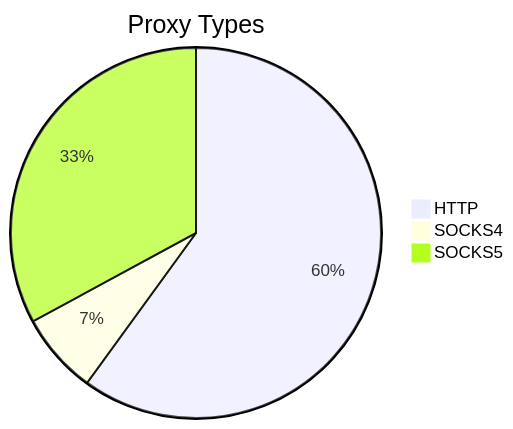
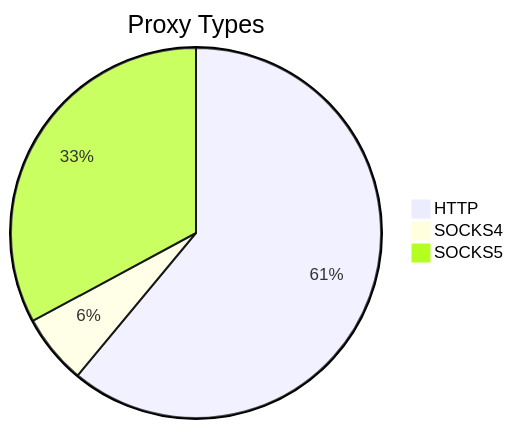
The first of 2 diagrams in README.md (stormsia/proxy-list), drawn with Mermaid before and after one commit. The commit also changed other lines of this file, not shown here.

````diff
--- a/README.md
+++ b/README.md
@@ -21,6 +21,6 @@
 ```mermaid
 pie title Proxy Types
-    "HTTP" : 186
-    "SOCKS4" : 22
-    "SOCKS5" : 102
+    "HTTP" : 130
+    "SOCKS4" : 13
+    "SOCKS5" : 70
 ```
````
